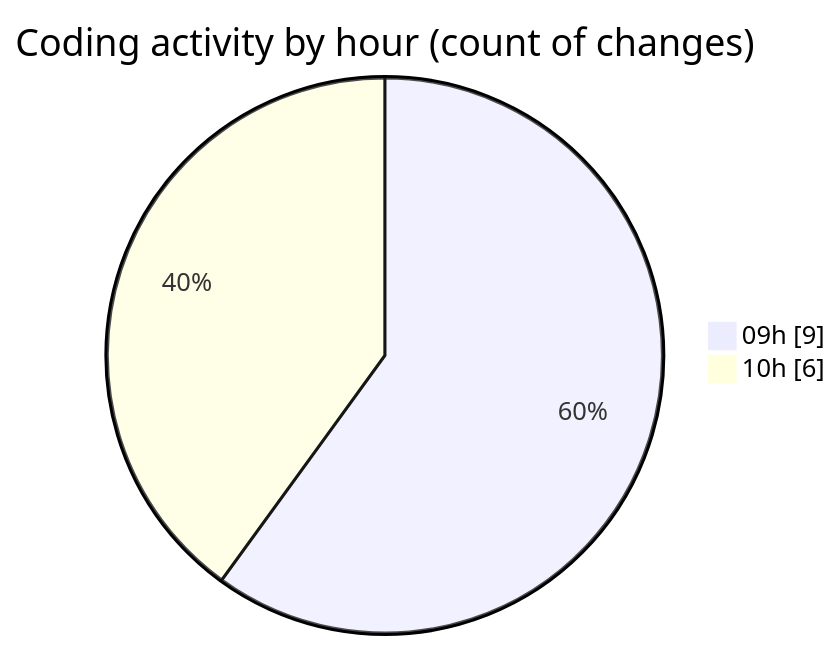
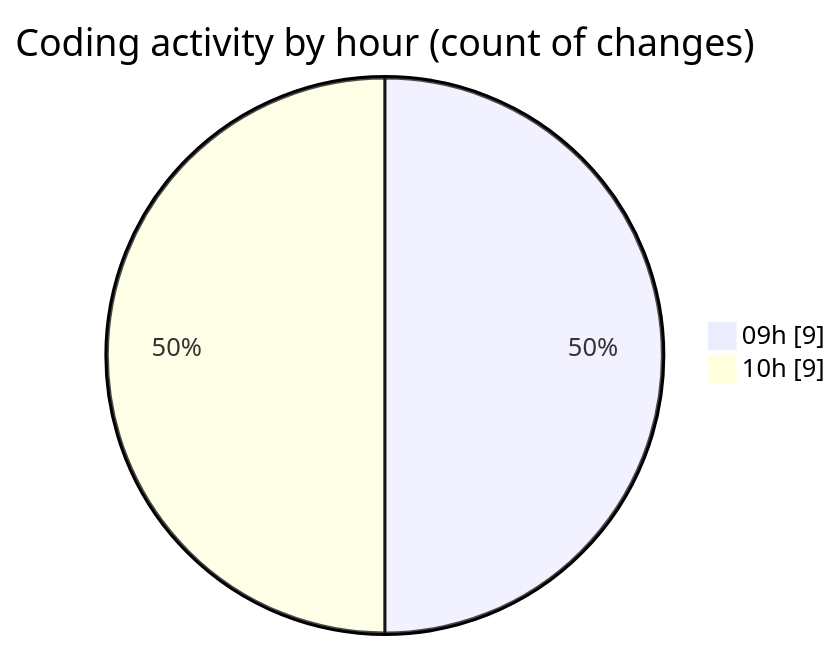
Before and after one commit to momahboobian/code-tracking: the second of 2 diagrams in 2025-03-24/cda/README.md, drawn with Mermaid. The commit also changed other lines of this file and 1 other file, not shown here.

````diff
--- a/2025-03-24/cda/README.md
+++ b/2025-03-24/cda/README.md
@@ -41,6 +42,6 @@
 ```mermaid
 pie showData
 title Coding activity by hour (count of changes)
 "09h" : 9
-"10h" : 6
+"10h" : 9
 ```
````
